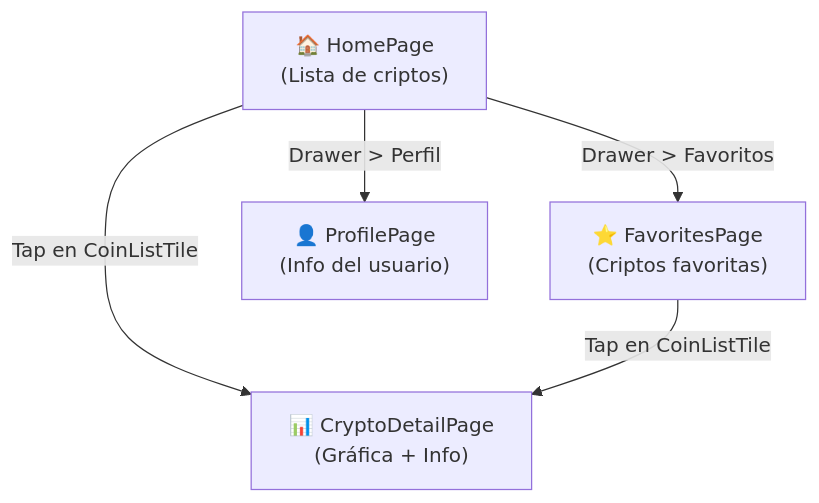
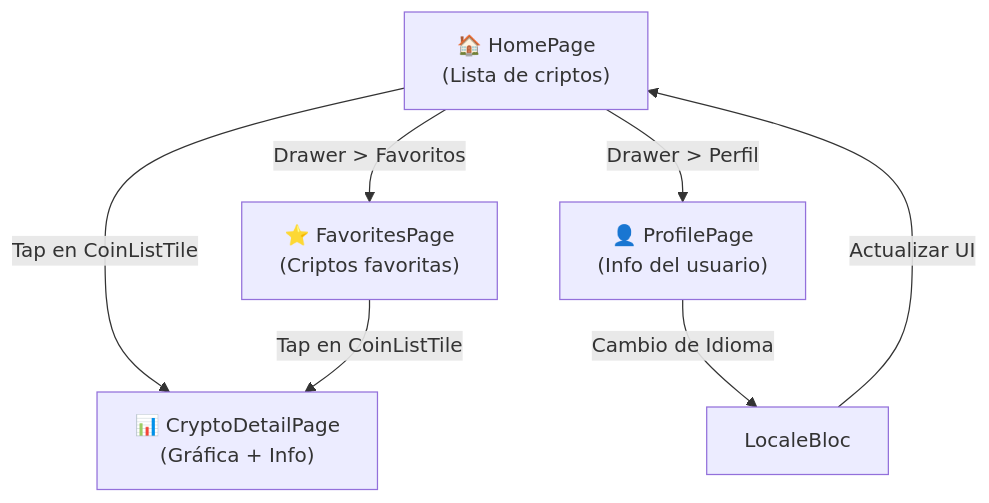
The tenth of 10 diagrams in Docs_and_architecture_diagrams.md (orl99/crypto_tracker_lite), drawn with Mermaid before and after one commit. The commit also changed other lines of this file and 5 other files, not shown here.

````diff
--- a/Docs_and_architecture_diagrams.md
+++ b/Docs_and_architecture_diagrams.md
@@ -269,12 +318,14 @@
 ```mermaid
 graph TD
     HOME["🏠 HomePage\n(Lista de criptos)"]
     DETAIL["📊 CryptoDetailPage\n(Gráfica + Info)"]
     FAVS["⭐ FavoritesPage\n(Criptos favoritas)"]
     PROFILE["👤 ProfilePage\n(Info del usuario)"]
 
     HOME -->|"Tap en CoinListTile"| DETAIL
     HOME -->|"Drawer > Favoritos"| FAVS
     HOME -->|"Drawer > Perfil"| PROFILE
     FAVS -->|"Tap en CoinListTile"| DETAIL
+    PROFILE -->|"Cambio de Idioma"| LB["LocaleBloc"]
+    LB -->|"Actualizar UI"| HOME
 ```
````
